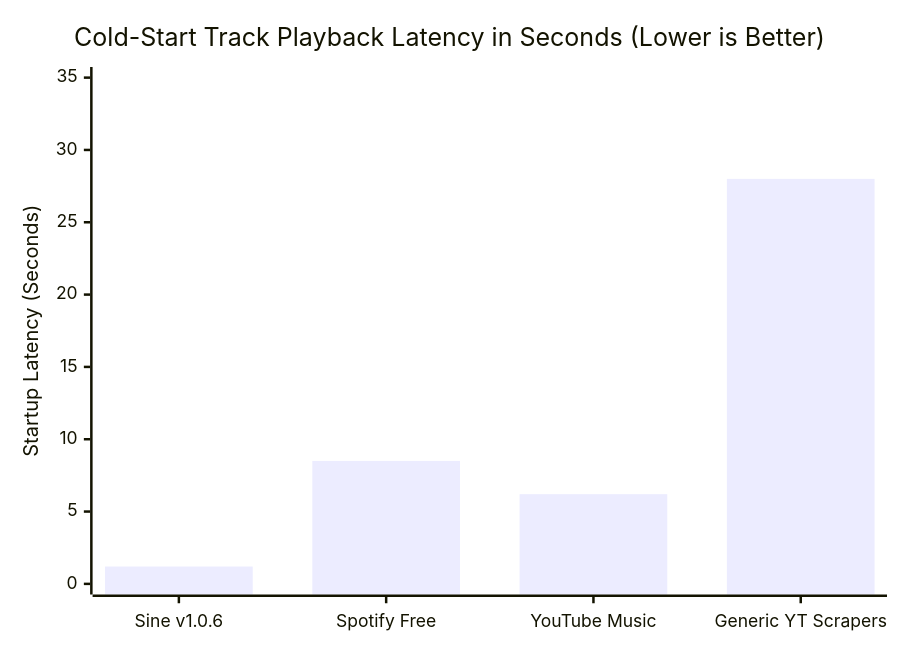
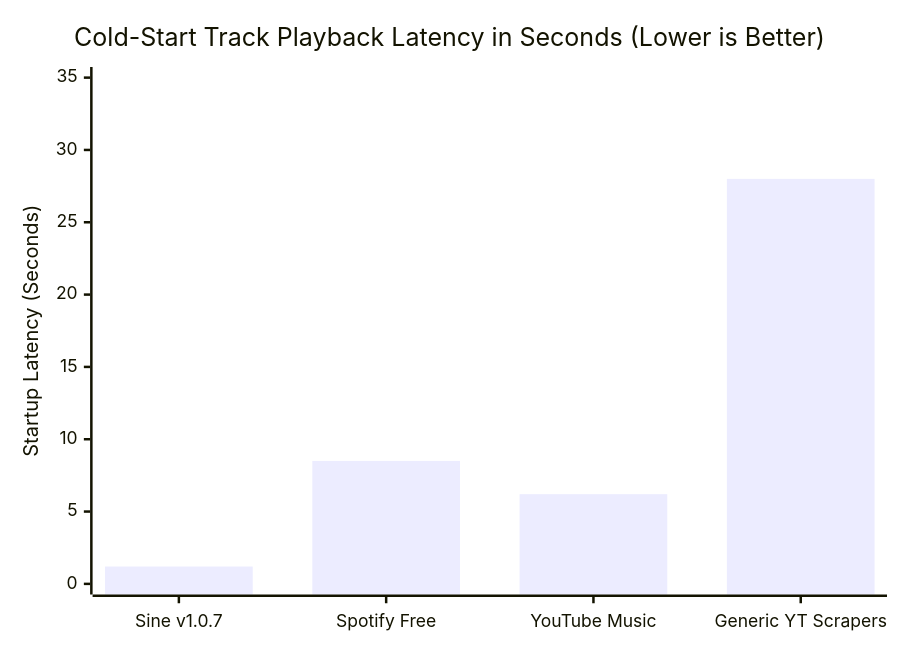
The third of 4 diagrams in README.md (taezeem14/PulsePipe), drawn with Mermaid before and after one commit. The commit also changed other lines of this file and 18 other files, not shown here.

````diff
--- a/README.md
+++ b/README.md
@@ -131,7 +131,7 @@
 ```mermaid
 xychart-beta
     title "Cold-Start Track Playback Latency in Seconds (Lower is Better)"
-    x-axis ["Sine v1.0.6", "Spotify Free", "YouTube Music", "Generic YT Scrapers"]
+    x-axis ["Sine v1.0.7", "Spotify Free", "YouTube Music", "Generic YT Scrapers"]
     y-axis "Startup Latency (Seconds)" 0 --> 35
     bar [1.2, 8.5, 6.2, 28.0]
 ```
````
